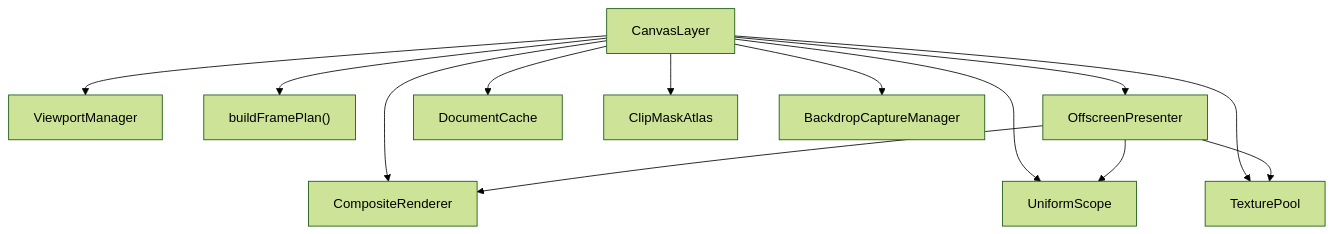
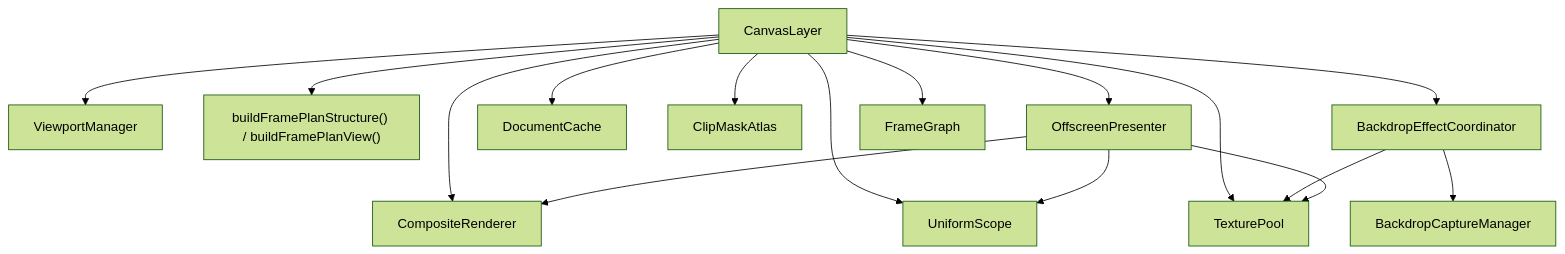
One commit to hanakla/paplico changed the diagram in pkgs/web/src/app/devdocs/renderer/pipeline/page.mdx. Above: the diagram before and after it, drawn with Mermaid (forest theme). The commit also changed other lines of this file and 37 other files, not shown here.

````diff
--- a/pkgs/web/src/app/devdocs/renderer/pipeline/page.mdx
+++ b/pkgs/web/src/app/devdocs/renderer/pipeline/page.mdx
@@ -33,15 +36,18 @@
 ```mermaid
 graph TD
     CL[CanvasLayer] --> VM[ViewportManager]
-    CL --> RP["buildFramePlan()"]
+    CL --> RP["buildFramePlanStructure() / buildFramePlanView()"]
     CL --> CR[CompositeRenderer]
     CL --> OP[OffscreenPresenter]
     CL --> DC[DocumentCache]
     CL --> US[UniformScope]
     CL --> TP[TexturePool]
     CL --> CMA[ClipMaskAtlas]
-    CL --> BCM[BackdropCaptureManager]
+    CL --> BEC[BackdropEffectCoordinator]
+    CL --> FG[FrameGraph]
+    BEC --> BCM[BackdropCaptureManager]
+    BEC --> TP
     OP --> US
     OP --> TP
     OP --> CR
 ```
````
